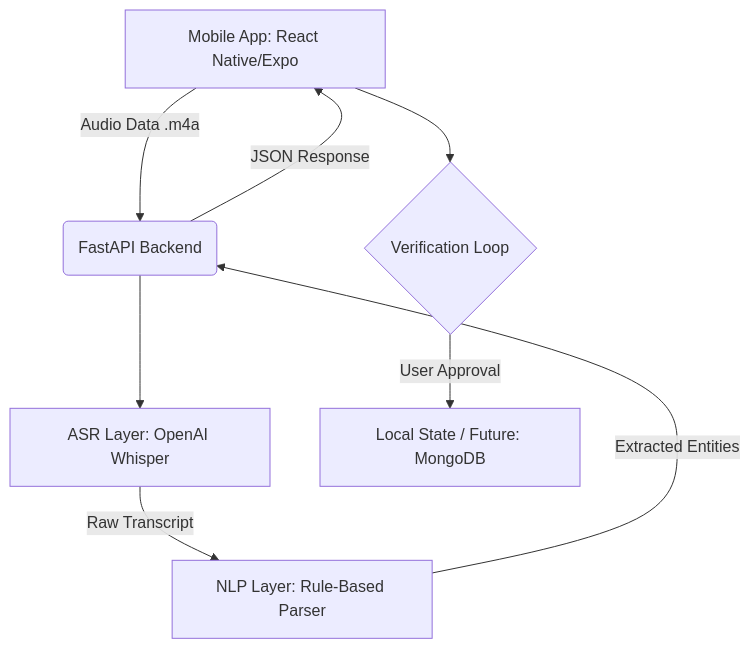
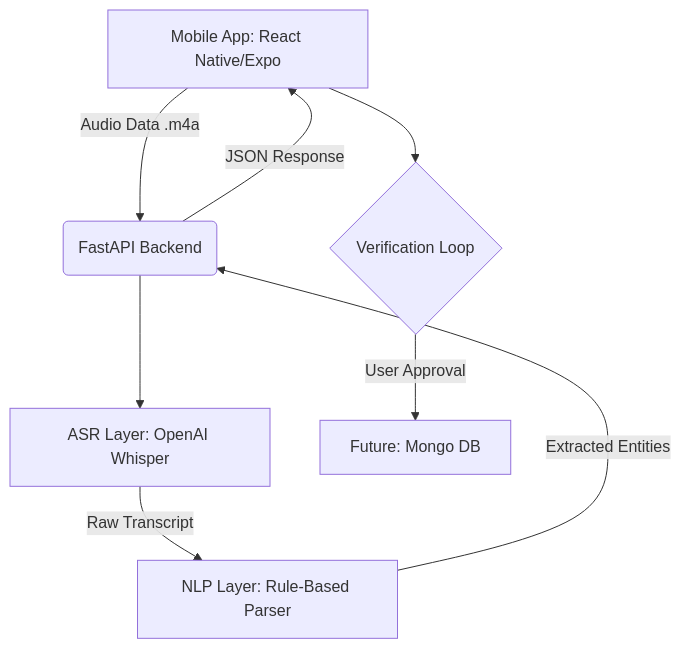
The diagram in README.md (afianas/Invora_Voice_Commerce), drawn with Mermaid before and after one commit. The commit also changed other lines of this file, not shown here.

````diff
--- a/README.md
+++ b/README.md
@@ -24,10 +24,10 @@
 ```mermaid
 graph TD
     A[Mobile App: React Native/Expo] -->|Audio Data .m4a| B(FastAPI Backend)
     B --> C[ASR Layer: OpenAI Whisper]
     C -->|Raw Transcript| D[NLP Layer: Rule-Based Parser]
     D -->|Extracted Entities| B
     B -->|JSON Response| A
     A --> E{Verification Loop}
-    E -->|User Approval| F[Local State / Future: MongoDB]
+    E -->|User Approval| F[Future: Mongo DB]
 ```
````
